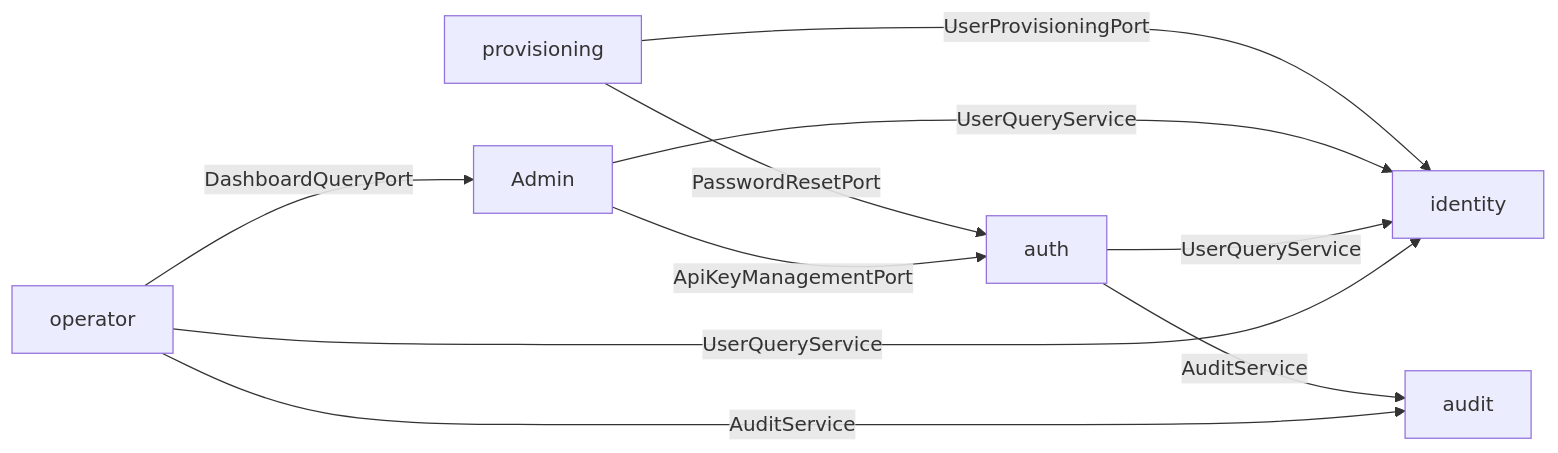
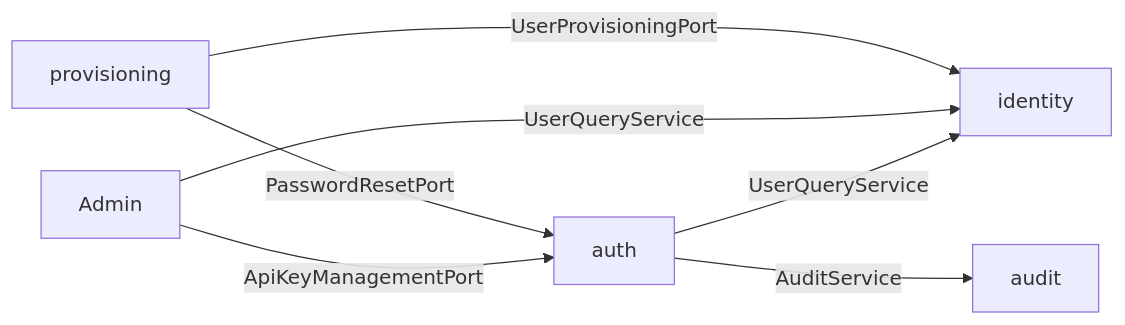
One commit to mrvin100/48id changed the second of 6 diagrams in docs/guide/architecture.md. Above: the diagram before and after it, drawn with Mermaid. The commit also changed other lines of this file and 200 other files, not shown here.

First line of the commit message:
fix(modulith): resolve admin<->operator cycle — move DashboardQueryPort to shared, implement in AdminDashboardService

````diff
--- a/docs/guide/architecture.md
+++ b/docs/guide/architecture.md
@@ -112,12 +106,9 @@
 ```mermaid
 graph LR
     Prov[provisioning] -->|UserProvisioningPort| Identity[identity]
     Prov -->|PasswordResetPort| Auth[auth]
     Admin -->|UserQueryService| Identity
     Admin -->|ApiKeyManagementPort| Auth
     Auth -->|UserQueryService| Identity
     Auth -->|AuditService| Audit[audit]
-    Operator[operator] -->|DashboardQueryPort| Admin
-    Operator -->|UserQueryService| Identity
-    Operator -->|AuditService| Audit
 ```
````
